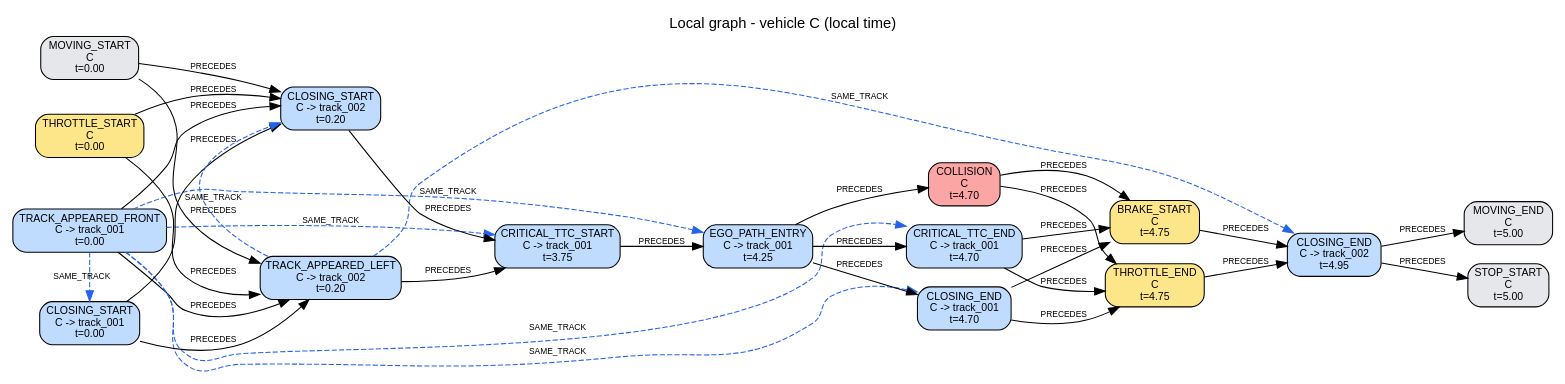
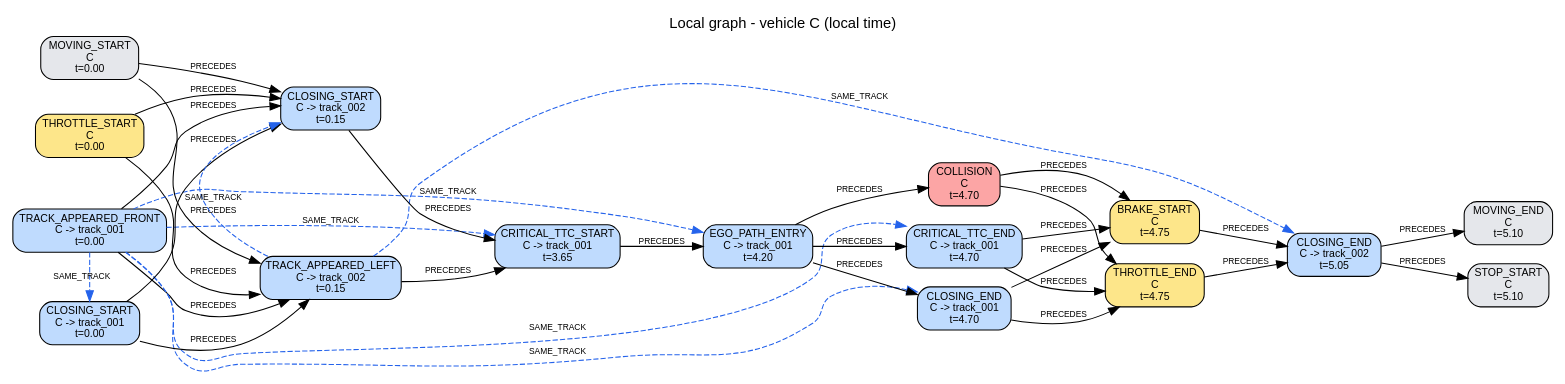
Before and after one commit to AndreaBedei1/causaldrive-forensics: the diagram in traces/S10/run_0_deflected_into_c/reconstruction/C/local_graph.dot, drawn with Graphviz. The commit also changed 1222 other files, not shown here.

```diff
--- a/traces/S10/run_0_deflected_into_c/reconstruction/C/local_graph.dot
+++ b/traces/S10/run_0_deflected_into_c/reconstruction/C/local_graph.dot
@@ -1,57 +1,57 @@
 digraph "local_C" {
   graph [rankdir=LR, labelloc=t, fontname=Helvetica, label="Local graph - vehicle C (local time)"];
   node [shape=box, style="rounded,filled", fontname=Helvetica, fontsize=10];
   edge [fontname=Helvetica, fontsize=8];
   "C:e01" [label="MOVING_START\nC\nt=0.00", fillcolor="#e5e7eb"];
   "C:e02" [label="THROTTLE_START\nC\nt=0.00", fillcolor="#fde68a"];
   "C:e03" [label="TRACK_APPEARED_FRONT\nC -> track_001\nt=0.00", fillcolor="#bfdbfe"];
   "C:e04" [label="CLOSING_START\nC -> track_001\nt=0.00", fillcolor="#bfdbfe"];
-  "C:e05" [label="TRACK_APPEARED_LEFT\nC -> track_002\nt=0.20", fillcolor="#bfdbfe"];
-  "C:e06" [label="CLOSING_START\nC -> track_002\nt=0.20", fillcolor="#bfdbfe"];
-  "C:e07" [label="CRITICAL_TTC_START\nC -> track_001\nt=3.75", fillcolor="#bfdbfe"];
-  "C:e08" [label="EGO_PATH_ENTRY\nC -> track_001\nt=4.25", fillcolor="#bfdbfe"];
+  "C:e05" [label="TRACK_APPEARED_LEFT\nC -> track_002\nt=0.15", fillcolor="#bfdbfe"];
+  "C:e06" [label="CLOSING_START\nC -> track_002\nt=0.15", fillcolor="#bfdbfe"];
+  "C:e07" [label="CRITICAL_TTC_START\nC -> track_001\nt=3.65", fillcolor="#bfdbfe"];
+  "C:e08" [label="EGO_PATH_ENTRY\nC -> track_001\nt=4.20", fillcolor="#bfdbfe"];
   "C:e09" [label="COLLISION\nC\nt=4.70", fillcolor="#fca5a5"];
   "C:e10" [label="CRITICAL_TTC_END\nC -> track_001\nt=4.70", fillcolor="#bfdbfe"];
   "C:e11" [label="CLOSING_END\nC -> track_001\nt=4.70", fillcolor="#bfdbfe"];
   "C:e12" [label="THROTTLE_END\nC\nt=4.75", fillcolor="#fde68a"];
   "C:e13" [label="BRAKE_START\nC\nt=4.75", fillcolor="#fde68a"];
-  "C:e14" [label="CLOSING_END\nC -> track_002\nt=4.95", fillcolor="#bfdbfe"];
-  "C:e15" [label="MOVING_END\nC\nt=5.00", fillcolor="#e5e7eb"];
-  "C:e16" [label="STOP_START\nC\nt=5.00", fillcolor="#e5e7eb"];
+  "C:e14" [label="CLOSING_END\nC -> track_002\nt=5.05", fillcolor="#bfdbfe"];
+  "C:e15" [label="MOVING_END\nC\nt=5.10", fillcolor="#e5e7eb"];
+  "C:e16" [label="STOP_START\nC\nt=5.10", fillcolor="#e5e7eb"];
   {rank=same; "C:e01"; "C:e02"; "C:e03"; "C:e04";}
   {rank=same; "C:e05"; "C:e06";}
   {rank=same; "C:e09"; "C:e10"; "C:e11";}
   {rank=same; "C:e12"; "C:e13";}
   {rank=same; "C:e15"; "C:e16";}
   "C:e01" -> "C:e05" [label="PRECEDES"];
   "C:e01" -> "C:e06" [label="PRECEDES"];
   "C:e02" -> "C:e05" [label="PRECEDES"];
   "C:e02" -> "C:e06" [label="PRECEDES"];
   "C:e03" -> "C:e05" [label="PRECEDES"];
   "C:e03" -> "C:e06" [label="PRECEDES"];
   "C:e04" -> "C:e05" [label="PRECEDES"];
   "C:e04" -> "C:e06" [label="PRECEDES"];
   "C:e05" -> "C:e07" [label="PRECEDES"];
   "C:e06" -> "C:e07" [label="PRECEDES"];
   "C:e07" -> "C:e08" [label="PRECEDES"];
   "C:e08" -> "C:e09" [label="PRECEDES"];
   "C:e08" -> "C:e10" [label="PRECEDES"];
   "C:e08" -> "C:e11" [label="PRECEDES"];
   "C:e09" -> "C:e12" [label="PRECEDES"];
   "C:e09" -> "C:e13" [label="PRECEDES"];
   "C:e10" -> "C:e12" [label="PRECEDES"];
   "C:e10" -> "C:e13" [label="PRECEDES"];
   "C:e11" -> "C:e12" [label="PRECEDES"];
   "C:e11" -> "C:e13" [label="PRECEDES"];
   "C:e12" -> "C:e14" [label="PRECEDES"];
   "C:e13" -> "C:e14" [label="PRECEDES"];
   "C:e14" -> "C:e15" [label="PRECEDES"];
   "C:e14" -> "C:e16" [label="PRECEDES"];
   "C:e03" -> "C:e04" [label="SAME_TRACK", style=dashed, color="#2563eb", constraint=false];
   "C:e05" -> "C:e06" [label="SAME_TRACK", style=dashed, color="#2563eb", constraint=false];
   "C:e03" -> "C:e07" [label="SAME_TRACK", style=dashed, color="#2563eb", constraint=false];
   "C:e03" -> "C:e08" [label="SAME_TRACK", style=dashed, color="#2563eb", constraint=false];
   "C:e03" -> "C:e10" [label="SAME_TRACK", style=dashed, color="#2563eb", constraint=false];
   "C:e03" -> "C:e11" [label="SAME_TRACK", style=dashed, color="#2563eb", constraint=false];
   "C:e05" -> "C:e14" [label="SAME_TRACK", style=dashed, color="#2563eb", constraint=false];
 }
```
